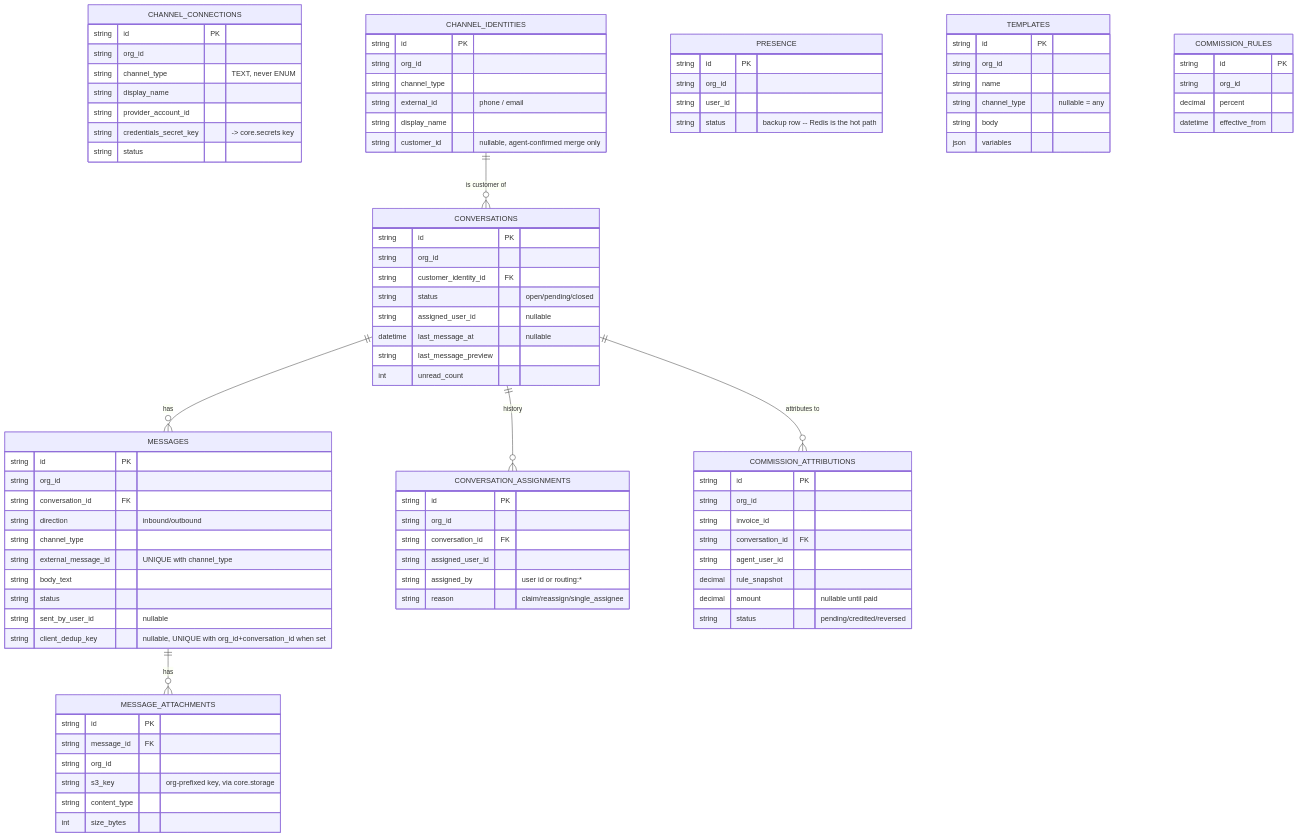
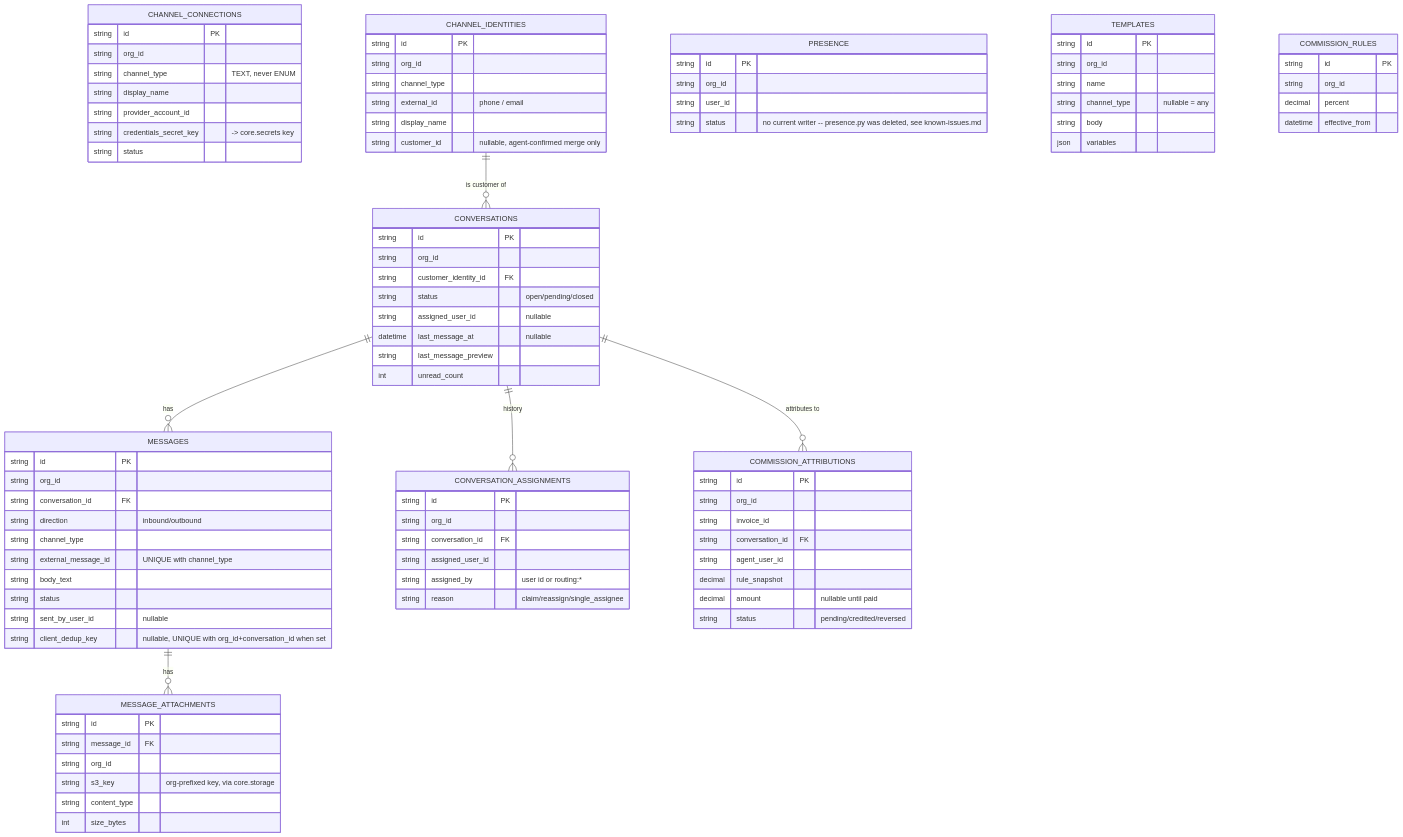
The first of 2 diagrams in docs/services/omnichannel/data-model.md (RafaelOjeda/A2Z-Core), drawn with Mermaid before and after one commit. The commit also changed other lines of this file and 32 other files, not shown here.

```diff
--- a/docs/services/omnichannel/data-model.md
+++ b/docs/services/omnichannel/data-model.md
@@ -75,7 +75,7 @@
         string id PK
         string org_id
         string user_id
-        string status "backup row -- Redis is the hot path"
+        string status "no current writer -- presence.py was deleted, see known-issues.md"
     }
     TEMPLATES {
         string id PK
```
